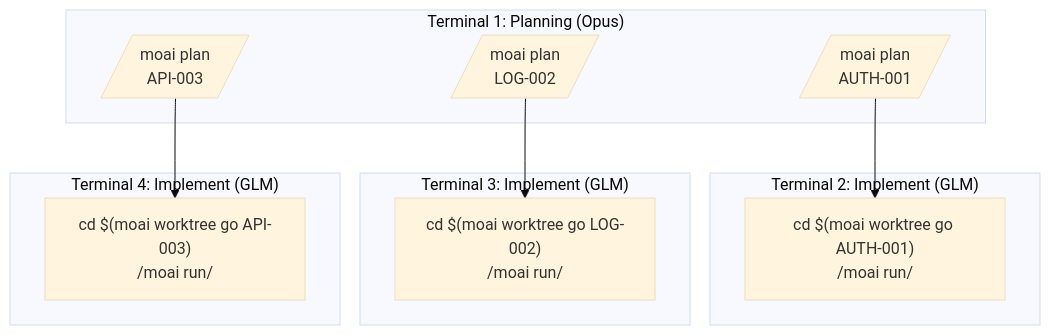
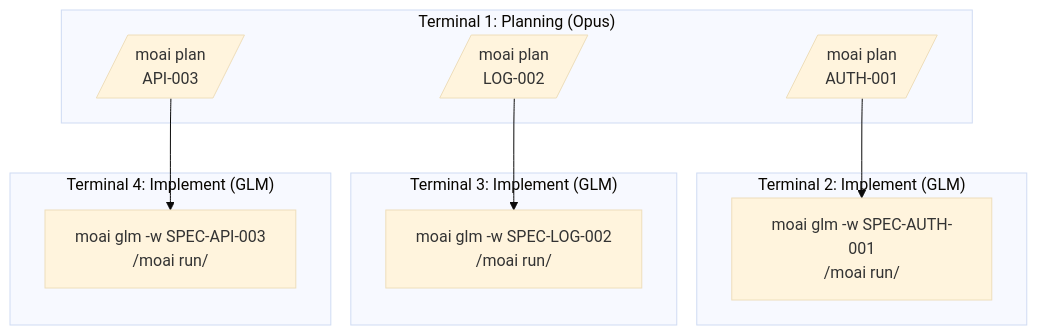
Before and after one commit to gabrielmoreira/agent-skills-mirror: the first of 4 diagrams in mirrors/repos/modu-ai@moai-adk/docs-site/content/ko/worktree/examples.md, drawn with Mermaid (base theme). The commit also changed other lines of this file and 1426 other files, not shown here.

````diff
--- a/mirrors/repos/modu-ai@moai-adk/docs-site/content/ko/worktree/examples.md
+++ b/mirrors/repos/modu-ai@moai-adk/docs-site/content/ko/worktree/examples.md
@@ -140,24 +129,24 @@
 ```mermaid
 graph TB
     subgraph T1["Terminal 1: Planning (Opus)"]
         P1[/moai plan<br/>AUTH-001/]
         P2[/moai plan<br/>LOG-002/]
         P3[/moai plan<br/>API-003/]
     end
 
     subgraph T2["Terminal 2: Implement (GLM)"]
-        I1["cd $(moai worktree go AUTH-001)<br/>/moai run/"]
+        I1["moai glm -w SPEC-AUTH-001<br/>/moai run/"]
     end
 
     subgraph T3["Terminal 3: Implement (GLM)"]
-        I2["cd $(moai worktree go LOG-002)<br/>/moai run/"]
+        I2["moai glm -w SPEC-LOG-002<br/>/moai run/"]
     end
 
     subgraph T4["Terminal 4: Implement (GLM)"]
-        I3["cd $(moai worktree go API-003)<br/>/moai run/"]
+        I3["moai glm -w SPEC-API-003<br/>/moai run/"]
     end
 
     P1 --> I1
     P2 --> I2
     P3 --> I3
 ```
````
